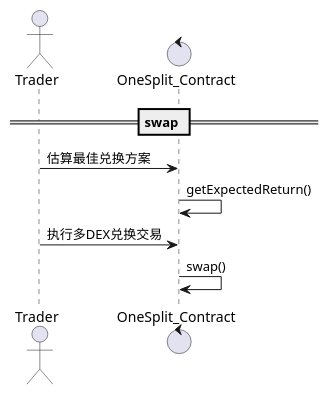
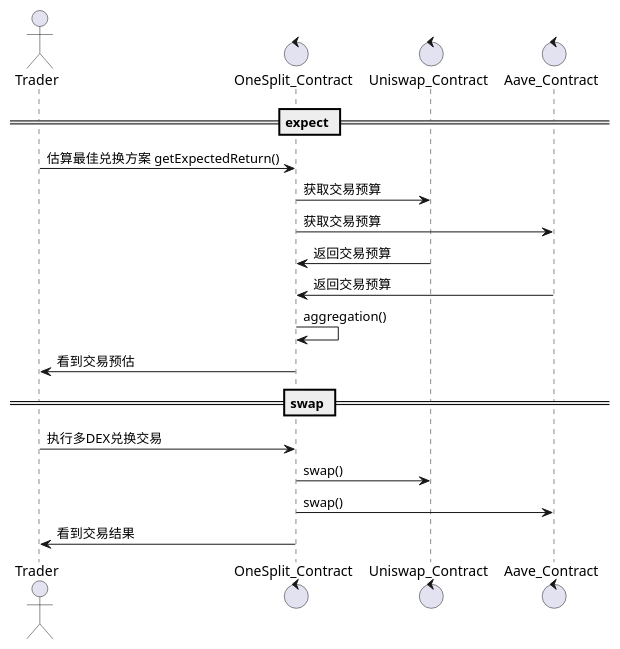
The diagram in document/合约交互图.puml (bigwin-finance/1inchProtocol), drawn with PlantUML before and after one commit. The commit also changed 3 other files, not shown here.

```diff
--- a/document/合约交互图.puml
+++ b/document/合约交互图.puml
@@ -1,15 +1,25 @@
 @startuml
 actor Trader
 control OneSplit_Contract
+control Uniswap_Contract
+control Aave_Contract
+
+
+== expect ==
+
+Trader -> OneSplit_Contract: 估算最佳兑换方案 getExpectedReturn()
+OneSplit_Contract -> Uniswap_Contract: 获取交易预算
+OneSplit_Contract -> Aave_Contract: 获取交易预算
+Uniswap_Contract -> OneSplit_Contract : 返回交易预算
+Aave_Contract -> OneSplit_Contract : 返回交易预算
+OneSplit_Contract -> OneSplit_Contract: aggregation()
+OneSplit_Contract -> Trader: 看到交易预估
 
 
 == swap ==
-
-Trader -> OneSplit_Contract: 估算最佳兑换方案
-OneSplit_Contract -> OneSplit_Contract: getExpectedReturn()
-
-
 Trader -> OneSplit_Contract: 执行多DEX兑换交易
-OneSplit_Contract -> OneSplit_Contract: swap()
+OneSplit_Contract -> Uniswap_Contract: swap()
+OneSplit_Contract -> Aave_Contract: swap()
+OneSplit_Contract -> Trader: 看到交易结果
 
 @enduml
```
